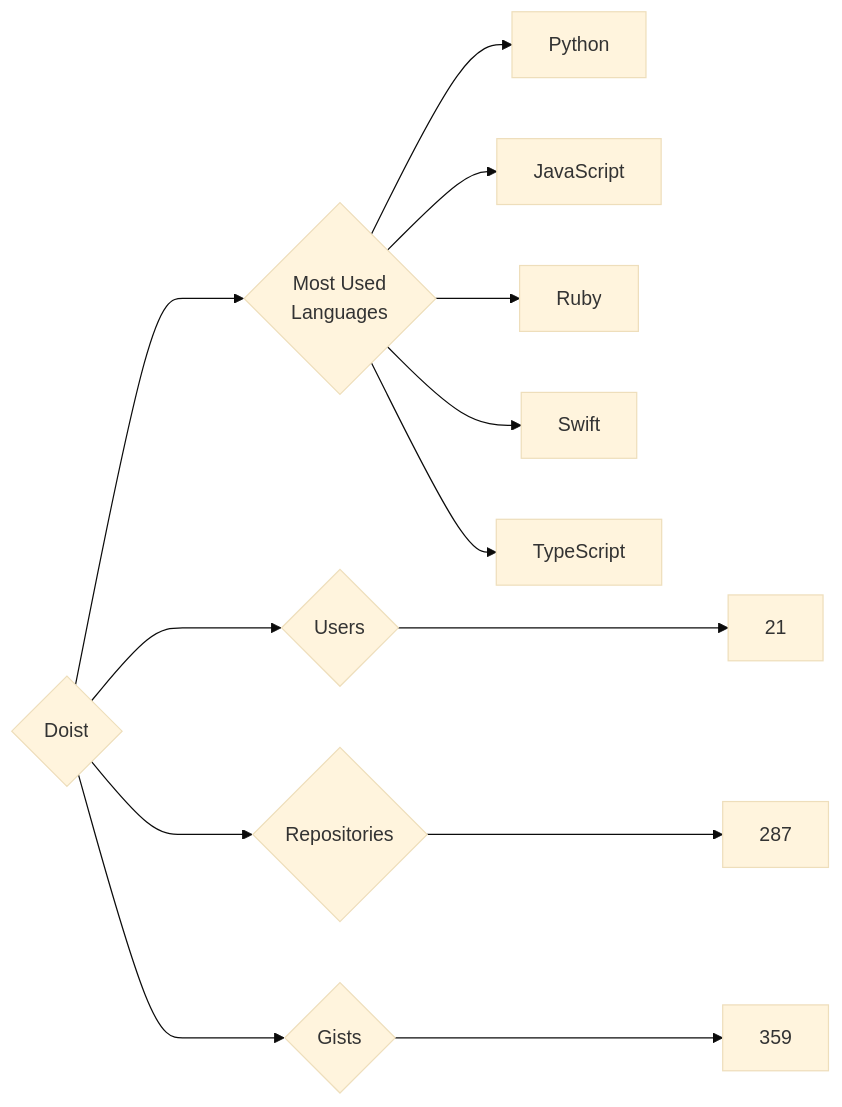
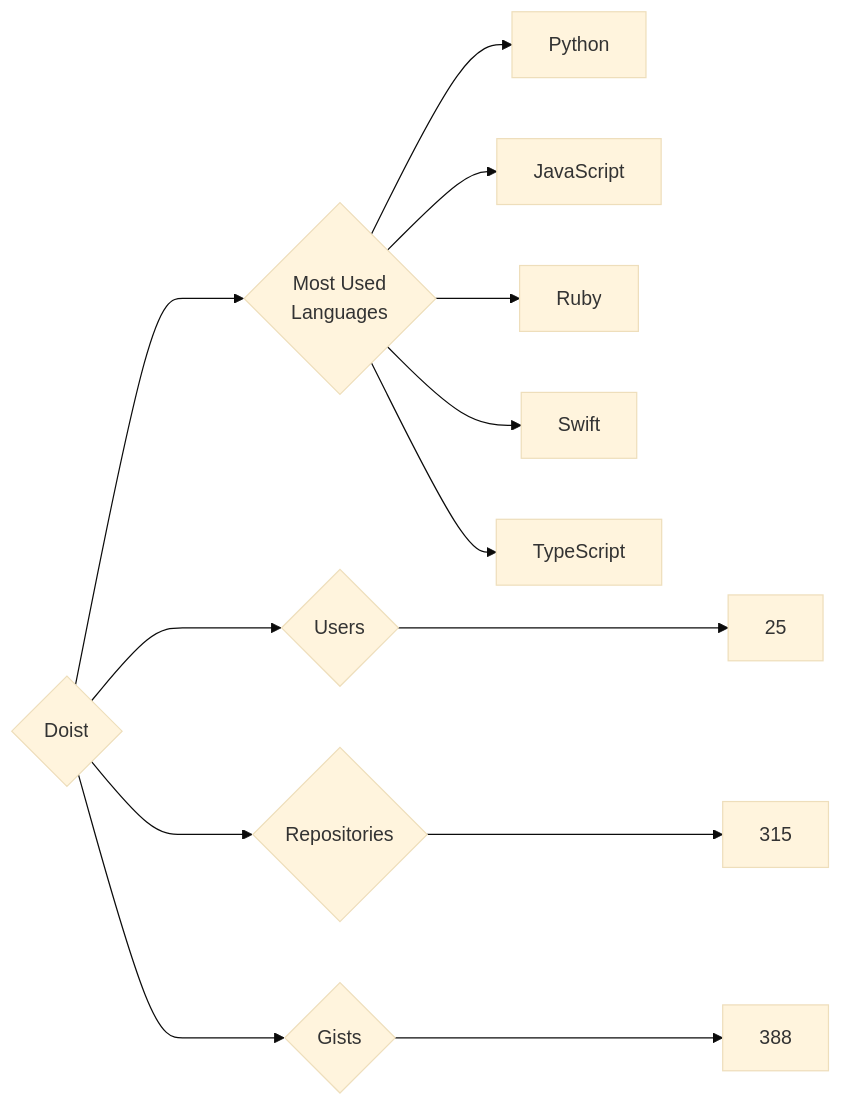
One commit to trickest/insiders changed the diagram in targets/Doist/README.md. Above: the diagram before and after it, drawn with Mermaid (base theme). The commit also changed 611 other files, not shown here.

````diff
--- a/targets/Doist/README.md
+++ b/targets/Doist/README.md
@@ -3,13 +3,13 @@
 ```mermaid
 graph LR
 COMPANY_NAME{Doist}
-COMPANY_NAME ---> U{Users} ---> UN[21]
-COMPANY_NAME ---> R{Repositories} ---> RN[287]
-COMPANY_NAME ---> G{Gists} ---> GN[359]
+COMPANY_NAME ---> U{Users} ---> UN[25]
+COMPANY_NAME ---> R{Repositories} ---> RN[315]
+COMPANY_NAME ---> G{Gists} ---> GN[388]
 COMPANY_NAME ---> ML{Most Used<br>Languages}
 ML --> Python[Python]
 ML --> JavaScript[JavaScript]
 ML --> Ruby[Ruby]
 ML --> Swift[Swift]
 ML --> TypeScript[TypeScript]
 ```
````
